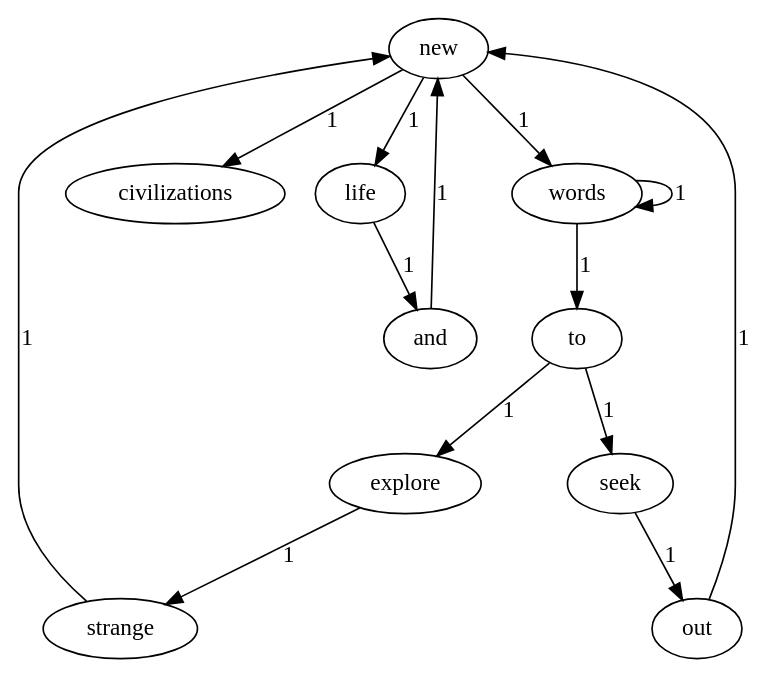
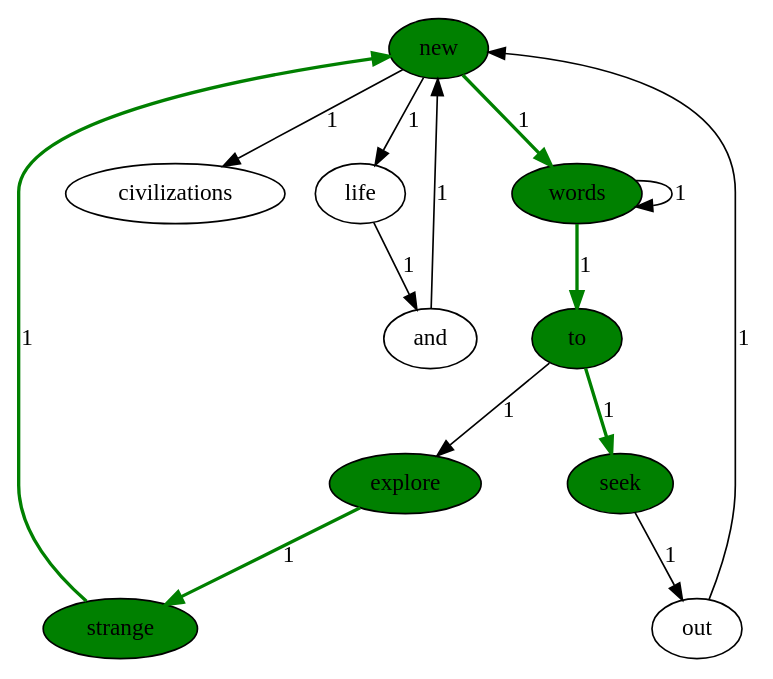
The diagram in Lab4/tmp/graph.gv (Akaisorani/SE-EX1-WordGraph), drawn with Graphviz before and after one commit. The commit also changed 1 other file, not shown here.

```diff
--- a/Lab4/tmp/graph.gv
+++ b/Lab4/tmp/graph.gv
@@ -1,26 +1,26 @@
 digraph G{
-new;
-explore;
+new [style=filled, fillcolor=green];
+explore [style=filled, fillcolor=green];
 and;
-words;
-to;
+words [style=filled, fillcolor=green];
+to [style=filled, fillcolor=green];
 civilizations;
-seek;
-strange;
+seek [style=filled, fillcolor=green];
+strange [style=filled, fillcolor=green];
 life;
 out;
 
 new->civilizations[label=1];
 new->life[label=1];
-new->words[label=1];
-explore->strange[label=1];
+new->words[label=1][style=bold, color=green];
+explore->strange[label=1][style=bold, color=green];
 and->new[label=1];
-words->to[label=1];
+words->to[label=1][style=bold, color=green];
 words->words[label=1];
 to->explore[label=1];
-to->seek[label=1];
+to->seek[label=1][style=bold, color=green];
 seek->out[label=1];
-strange->new[label=1];
+strange->new[label=1][style=bold, color=green];
 life->and[label=1];
 out->new[label=1];
 }
```
